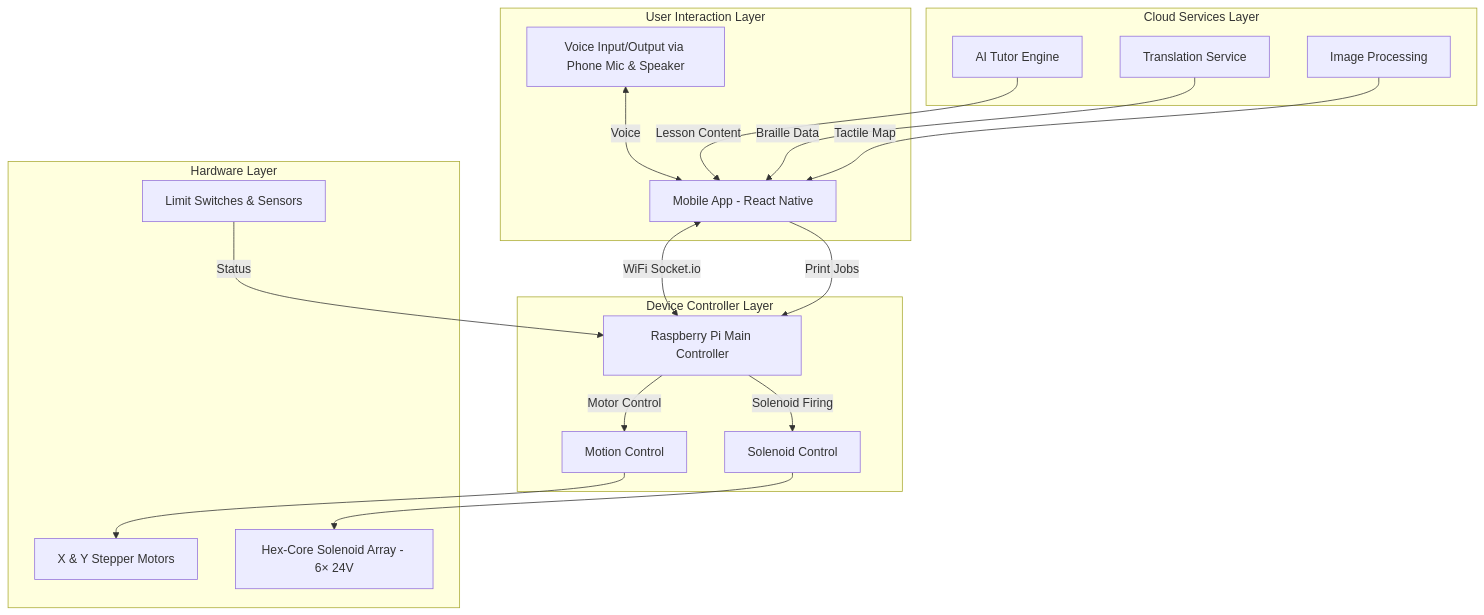
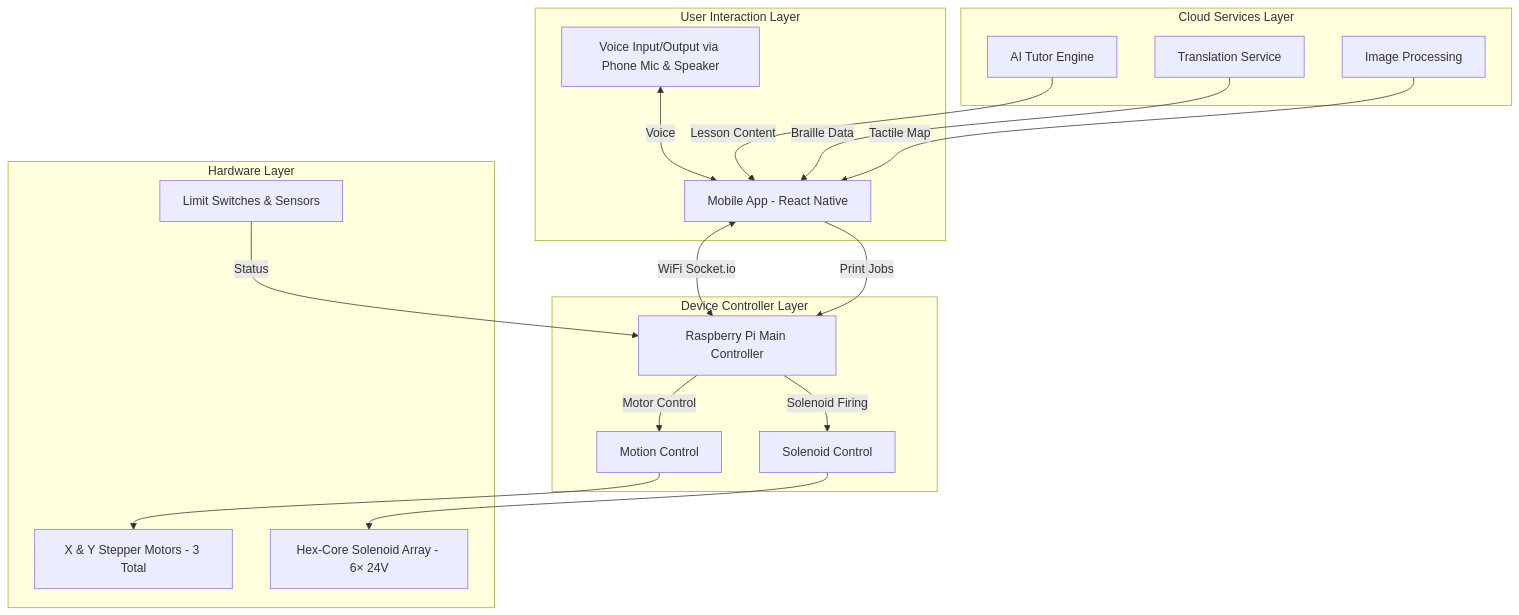
Before and after one commit to vikrantwiz02/DFP-13: the first of 5 diagrams in 04_System_Architecture.md, drawn with Mermaid. The commit also changed other lines of this file and 3 other files, not shown here.

Commit message:
Refine hardware specifications and design details for Hex-Core solenoid architecture in documentation

````diff
--- a/04_System_Architecture.md
+++ b/04_System_Architecture.md
@@ -9,37 +9,37 @@
 ```mermaid
 graph TB
     subgraph "User Interaction Layer"
         A[Mobile App - React Native]
         B[Voice Input/Output via Phone Mic & Speaker]
     end
     
     subgraph "Cloud Services Layer"
         D[AI Tutor Engine]
         E[Translation Service]
         F[Image Processing]
     end
     
     subgraph "Device Controller Layer"
         I[Raspberry Pi Main Controller]
         J[Motion Control]
         K[Solenoid Control]
     end
     
     subgraph "Hardware Layer"
-        M[X & Y Stepper Motors]
+        M[X & Y Stepper Motors - 3 Total]
         N[Hex-Core Solenoid Array - 6× 24V]
         O[Limit Switches & Sensors]
     end
     
     A <-->|WiFi Socket.io| I
     B <-->|Voice| A
     D -->|Lesson Content| A
     E -->|Braille Data| A
     F -->|Tactile Map| A
     A -->|Print Jobs| I
     I -->|Motor Control| J
     I -->|Solenoid Firing| K
     J --> M
     K --> N
     O -->|Status| I
 ```
````
